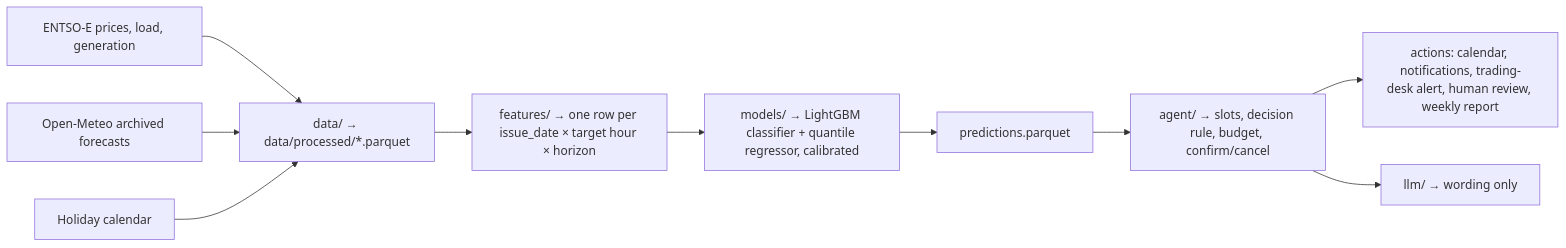
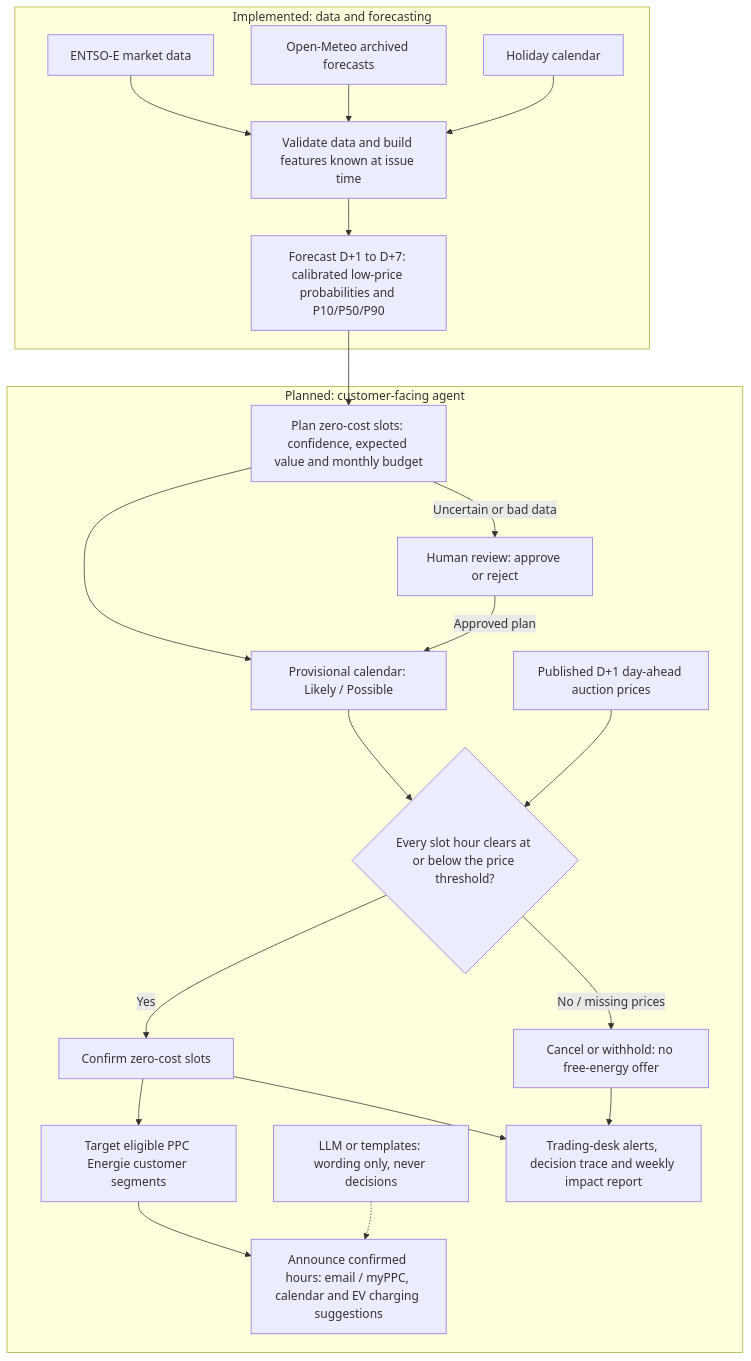
Before and after one commit to LarpersFMI/GridSense: the diagram in README.md, drawn with Mermaid. The commit also changed other lines of this file and 8 other files, not shown here.

Commit message:
Add opt-in archived-forecast feature engineering

````diff
--- a/README.md
+++ b/README.md
@@ -16,12 +23,24 @@
 ```mermaid
-flowchart LR
-    A[ENTSO-E prices, load, generation] --> D[data/ → data/processed/*.parquet]
-    B[Open-Meteo archived forecasts] --> D
-    C[Holiday calendar] --> D
-    D --> F[features/ → one row per issue_date × target hour × horizon]
-    F --> M[models/ → LightGBM classifier + quantile regressor, calibrated]
-    M --> P[predictions.parquet]
-    P --> G[agent/ → slots, decision rule, budget, confirm/cancel]
-    G --> X[actions: calendar, notifications, trading-desk alert, human review, weekly report]
-    G --> L[llm/ → wording only]
+flowchart TD
+  subgraph ML["Implemented: data and forecasting"]
+  A["ENTSO-E market data"] --> D["Validate data and build features known at issue time"]
+  B["Open-Meteo archived forecasts"] --> D
+  C["Holiday calendar"] --> D
+  D --> M["Forecast D+1 to D+7: calibrated low-price probabilities and P10/P50/P90"]
+  end
+  subgraph AGENT["Planned: customer-facing agent"]
+  M --> P["Plan zero-cost slots: confidence, expected value and monthly budget"]
+  P --> O["Provisional calendar: Likely / Possible"]
+  P -->|"Uncertain or bad data"| H["Human review: approve or reject"]
+  H -->|"Approved plan"| O
+  O --> G{"Every slot hour clears at or below the price threshold?"}
+  DA["Published D+1 day-ahead auction prices"] --> G
+  G -->|Yes| OK["Confirm zero-cost slots"]
+  G -->|"No / missing prices"| X["Cancel or withhold: no free-energy offer"]
+  OK --> T["Target eligible PPC Energie customer segments"]
+  T --> N["Announce confirmed hours: email / myPPC, calendar and EV charging suggestions"]
+  L["LLM or templates: wording only, never decisions"] -.-> N
+  OK --> R["Trading-desk alerts, decision trace and weekly impact report"]
+  X --> R
+  end
 ```
````
